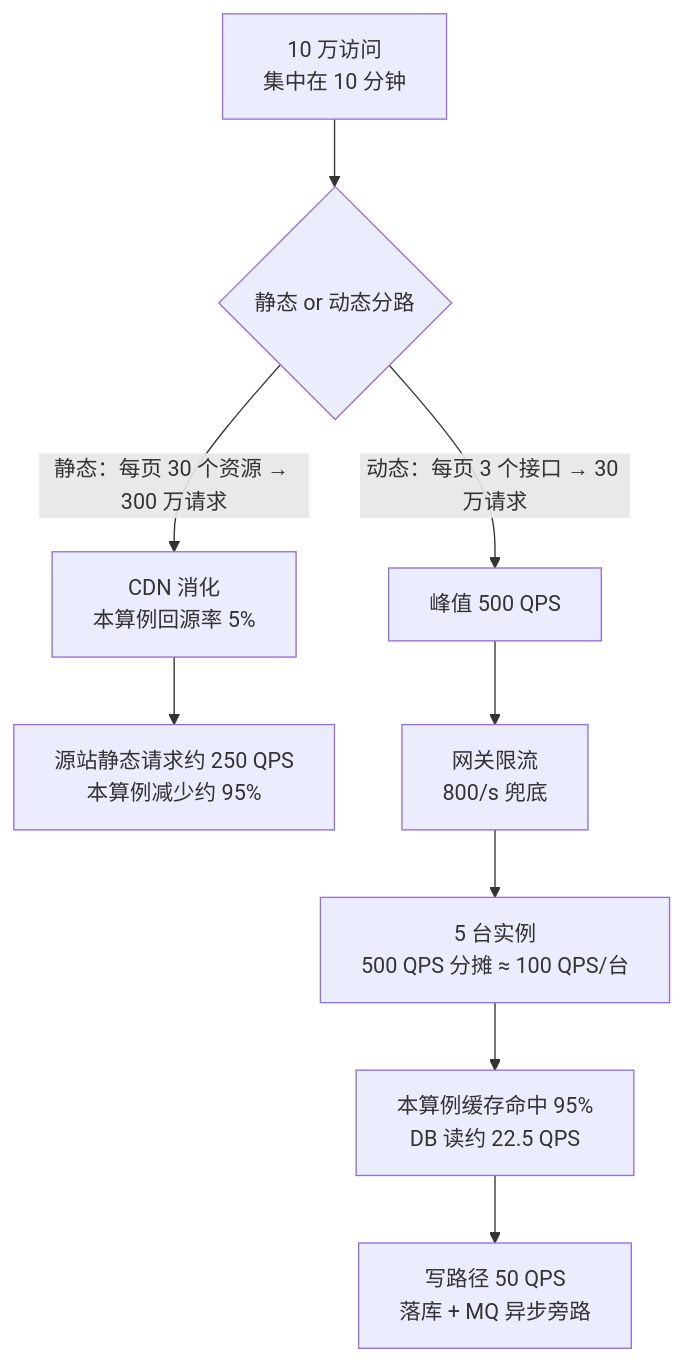
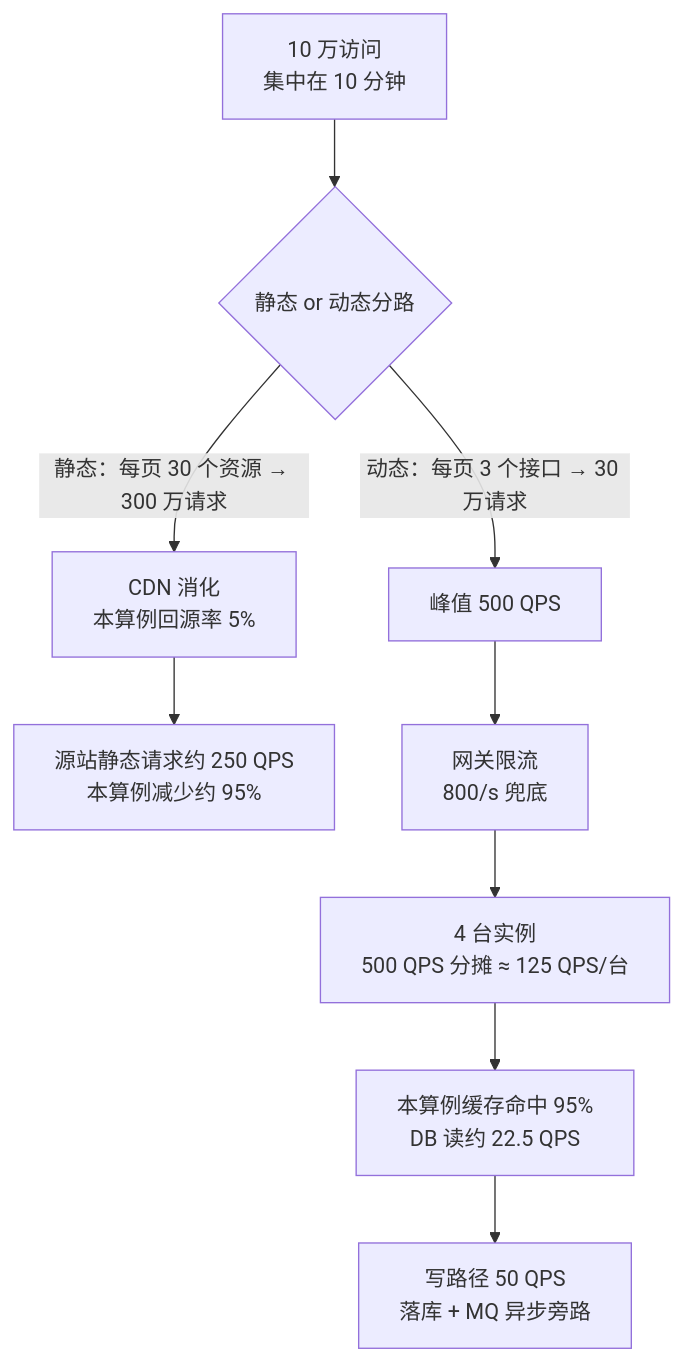
Before and after one commit to CrazyForks/java-full-stack: the fifth of 5 diagrams in docs/06-阶段六-架构设计与服务端思维/01-架构能力矩阵与请求链路.md, drawn with Mermaid. The commit also changed other lines of this file and 58 other files, not shown here.

````diff
--- a/docs/06-阶段六-架构设计与服务端思维/01-架构能力矩阵与请求链路.md
+++ b/docs/06-阶段六-架构设计与服务端思维/01-架构能力矩阵与请求链路.md
@@ -208,11 +221,11 @@
 ```mermaid
 flowchart TD
     A["10 万访问<br/>集中在 10 分钟"] --> B{"静态 or 动态分路"}
     B -->|"静态：每页 30 个资源 → 300 万请求"| C["CDN 消化<br/>本算例回源率 5%"]
     C --> D["源站静态请求约 250 QPS<br/>本算例减少约 95%"]
     B -->|"动态：每页 3 个接口 → 30 万请求"| E["峰值 500 QPS"]
     E --> F["网关限流<br/>800/s 兜底"]
-    F --> G["5 台实例<br/>500 QPS 分摊 ≈ 100 QPS/台"]
+    F --> G["4 台实例<br/>500 QPS 分摊 ≈ 125 QPS/台"]
     G --> H["本算例缓存命中 95%<br/>DB 读约 22.5 QPS"]
     H --> I["写路径 50 QPS<br/>落库 + MQ 异步旁路"]
 ```
````
